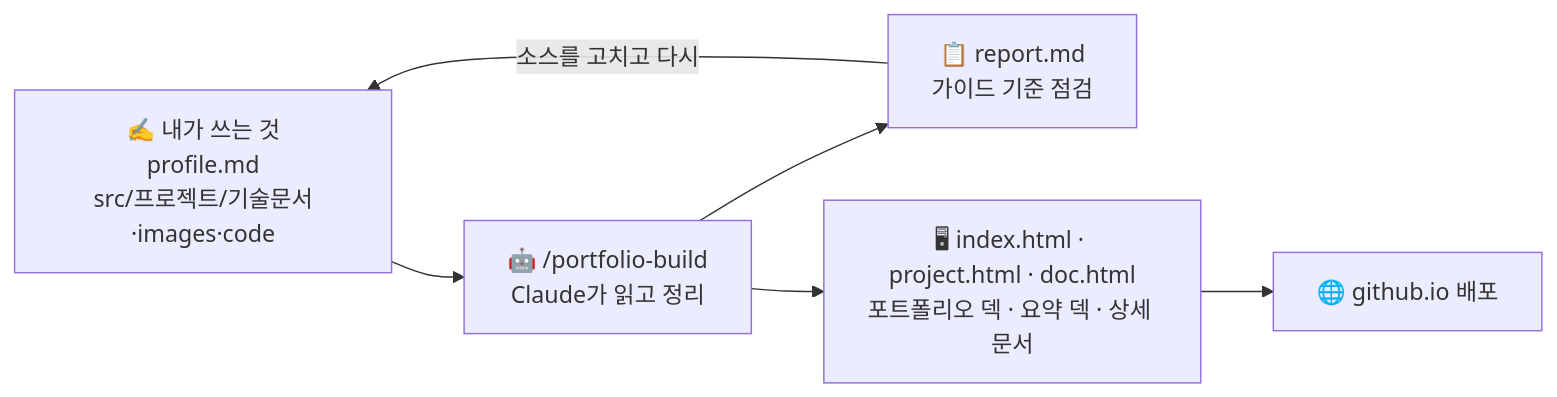
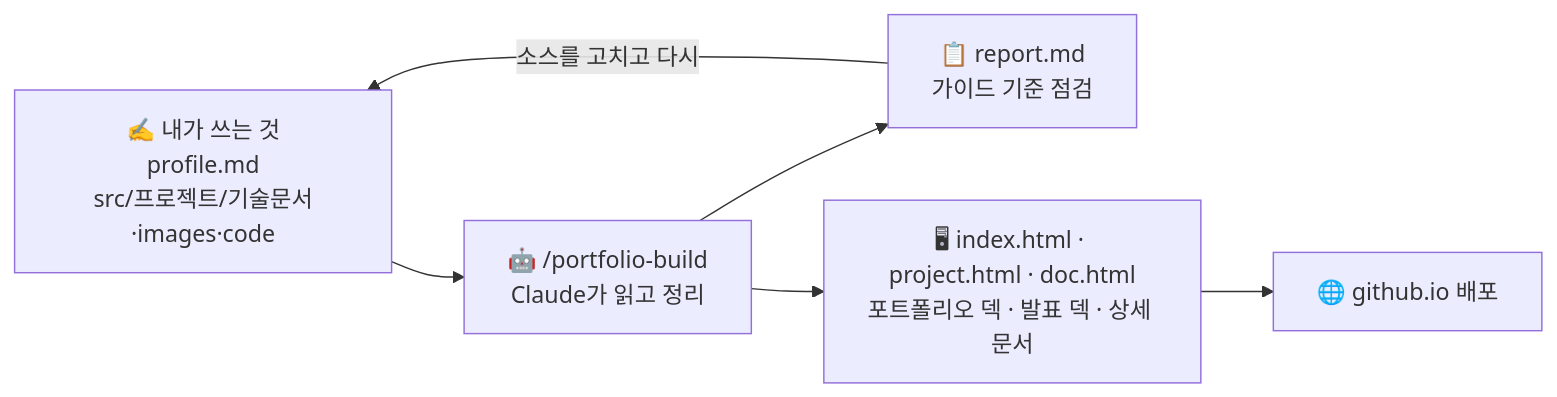
The diagram in README.md (krKooHoo/portfolio-test), drawn with Mermaid before and after one commit. The commit also changed other lines of this file and 26 other files, not shown here.

````diff
--- a/README.md
+++ b/README.md
@@ -7,8 +7,8 @@
 ```mermaid
 flowchart LR
     A["✍ 내가 쓰는 것<br/>profile.md<br/>src/프로젝트/기술문서·images·code"] --> B["🤖 /portfolio-build<br/>Claude가 읽고 정리"]
     B --> C["📋 report.md<br/>가이드 기준 점검"]
-    B --> D["🖥 index.html · project.html · doc.html<br/>포트폴리오 덱 · 요약 덱 · 상세 문서"]
+    B --> D["🖥 index.html · project.html · doc.html<br/>포트폴리오 덱 · 발표 덱 · 상세 문서"]
     C -->|"소스를 고치고 다시"| A
     D --> E["🌐 github.io 배포"]
 ```
````
